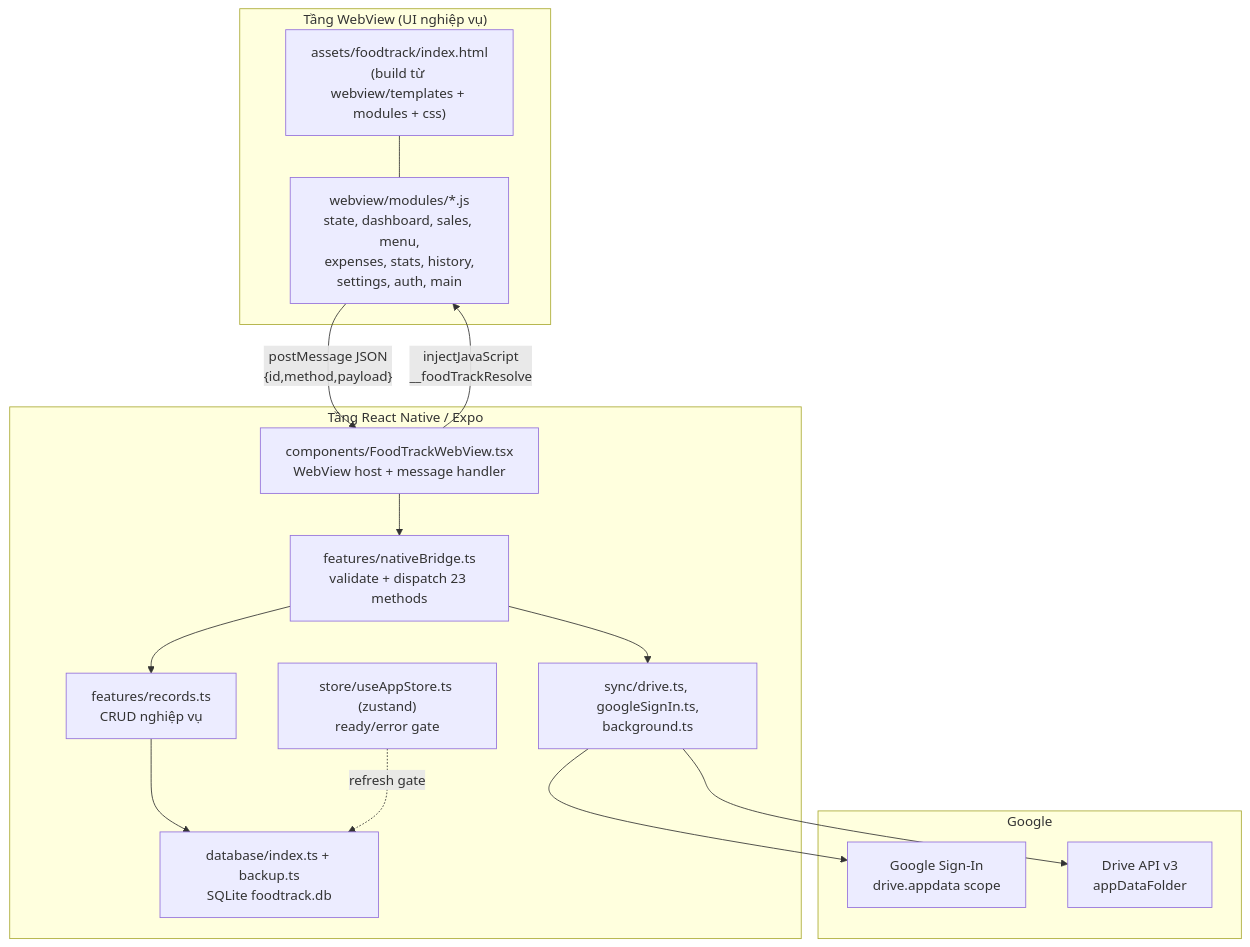
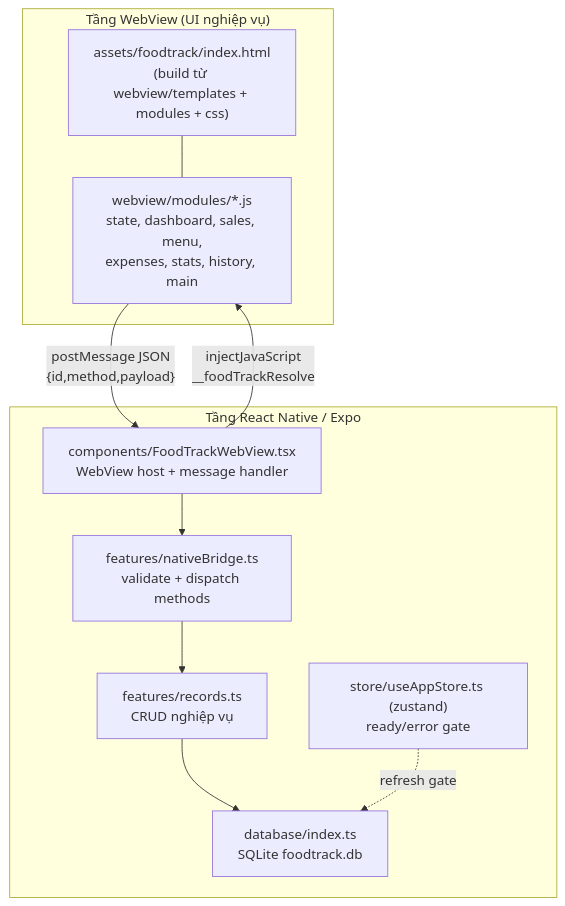
One commit to dacid52/FoodTrack changed the first of 2 diagrams in docs/01-tong-quan.md. Above: the diagram before and after it, drawn with Mermaid. The commit also changed other lines of this file and 63 other files, not shown here.

Commit message:
Redesign WebView UI/charts/calendar, add smooth animations, remove Drive sync & dead files

````diff
--- a/docs/01-tong-quan.md
+++ b/docs/01-tong-quan.md
@@ -19,29 +18,21 @@
 ```mermaid
 flowchart TB
     subgraph WebView["Tầng WebView (UI nghiệp vụ)"]
         HTML["assets/foodtrack/index.html<br/>(build từ webview/templates + modules + css)"]
-        JS["webview/modules/*.js<br/>state, dashboard, sales, menu,<br/>expenses, stats, history,<br/>settings, auth, main"]
+        JS["webview/modules/*.js<br/>state, dashboard, sales, menu,<br/>expenses, stats, history, main"]
         HTML --- JS
     end
 
     subgraph Native["Tầng React Native / Expo"]
         WVC["components/FoodTrackWebView.tsx<br/>WebView host + message handler"]
-        BRIDGE["features/nativeBridge.ts<br/>validate + dispatch 23 methods"]
+        BRIDGE["features/nativeBridge.ts<br/>validate + dispatch methods"]
         RECORDS["features/records.ts<br/>CRUD nghiệp vụ"]
-        DB["database/index.ts + backup.ts<br/>SQLite foodtrack.db"]
-        SYNC["sync/drive.ts, googleSignIn.ts,<br/>background.ts"]
+        DB["database/index.ts<br/>SQLite foodtrack.db"]
         STORE["store/useAppStore.ts (zustand)<br/>ready/error gate"]
-    end
-
-    subgraph Cloud["Google"]
-        GSI["Google Sign-In<br/>drive.appdata scope"]
-        DRIVE["Drive API v3<br/>appDataFolder"]
     end
 
     JS -- "postMessage JSON<br/>{id,method,payload}" --> WVC
     WVC -- "injectJavaScript<br/>__foodTrackResolve" --> JS
     WVC --> BRIDGE --> RECORDS --> DB
-    BRIDGE --> SYNC --> GSI
-    SYNC --> DRIVE
     STORE -.->|refresh gate| DB
 ```
````
